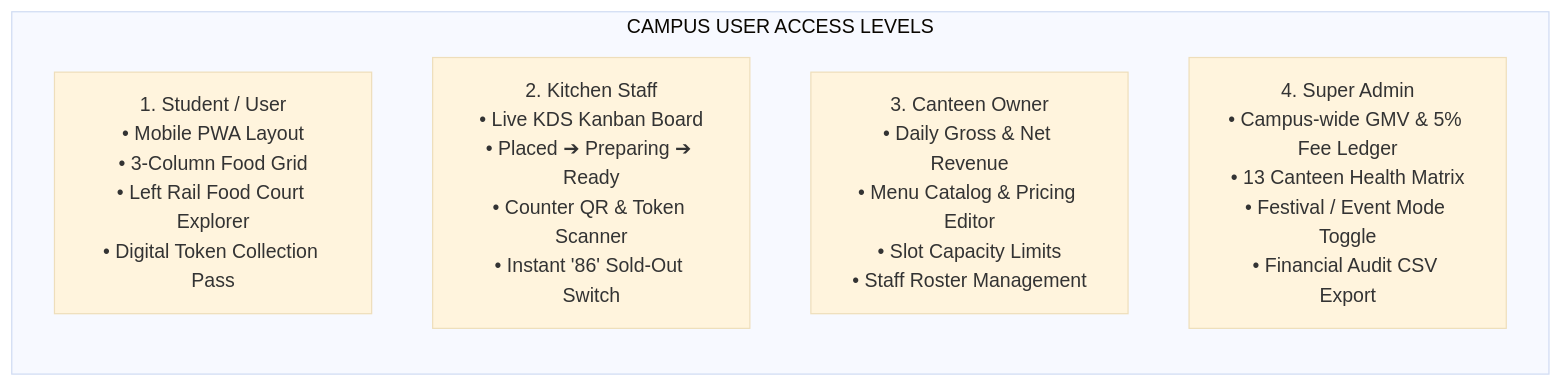
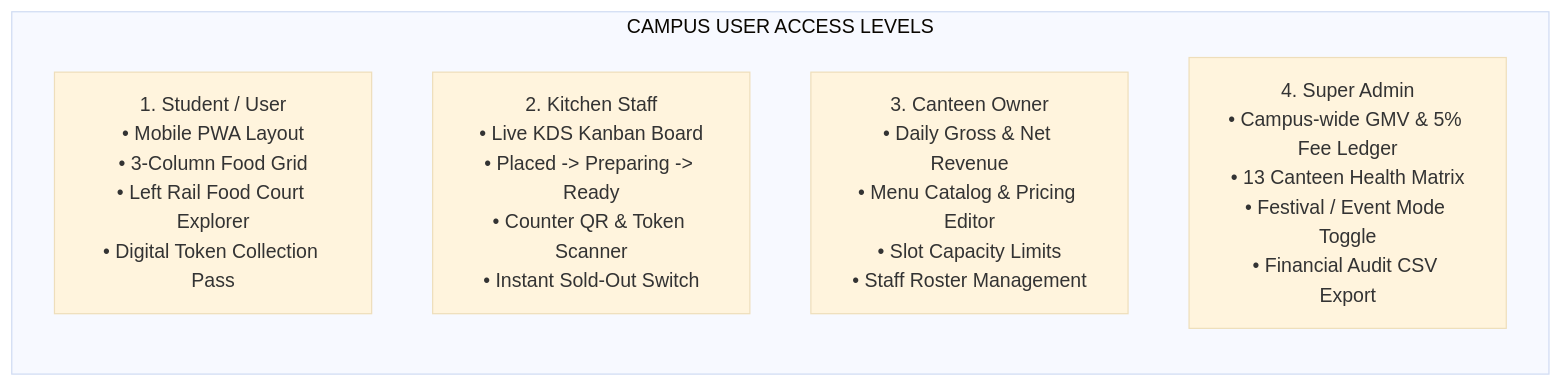
The fourth of 5 diagrams in docs/V_FOODS_COMPLETE_SYSTEM_GUIDE.md (yogeshravi19/v-buy), drawn with Mermaid (base theme) before and after one commit. The commit also changed other lines of this file and 13 other files, not shown here.

````diff
--- a/docs/V_FOODS_COMPLETE_SYSTEM_GUIDE.md
+++ b/docs/V_FOODS_COMPLETE_SYSTEM_GUIDE.md
@@ -164,10 +164,10 @@
 ```mermaid
 graph TD
     subgraph Roles["CAMPUS USER ACCESS LEVELS"]
         direction TB
         R1["1. Student / User<br/>• Mobile PWA Layout<br/>• 3-Column Food Grid<br/>• Left Rail Food Court Explorer<br/>• Digital Token Collection Pass"]
-        R2["2. Kitchen Staff<br/>• Live KDS Kanban Board<br/>• Placed ➔ Preparing ➔ Ready<br/>• Counter QR & Token Scanner<br/>• Instant '86' Sold-Out Switch"]
+        R2["2. Kitchen Staff<br/>• Live KDS Kanban Board<br/>• Placed -> Preparing -> Ready<br/>• Counter QR & Token Scanner<br/>• Instant Sold-Out Switch"]
         R3["3. Canteen Owner<br/>• Daily Gross & Net Revenue<br/>• Menu Catalog & Pricing Editor<br/>• Slot Capacity Limits<br/>• Staff Roster Management"]
         R4["4. Super Admin<br/>• Campus-wide GMV & 5% Fee Ledger<br/>• 13 Canteen Health Matrix<br/>• Festival / Event Mode Toggle<br/>• Financial Audit CSV Export"]
     end
 ```
````
